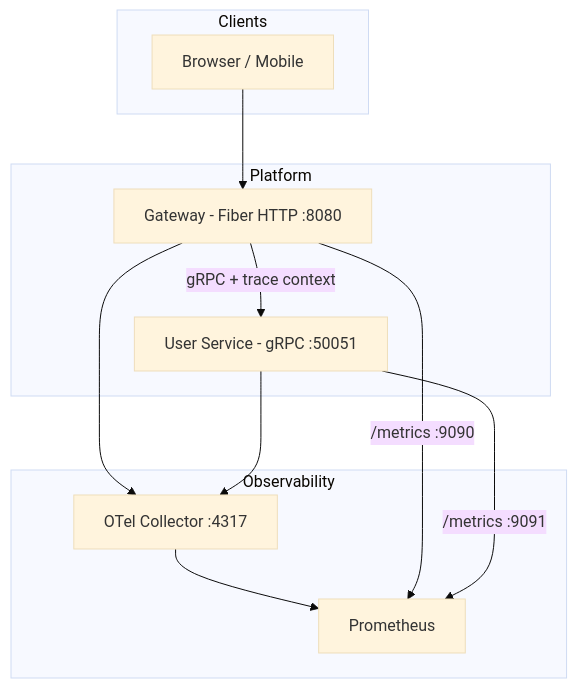
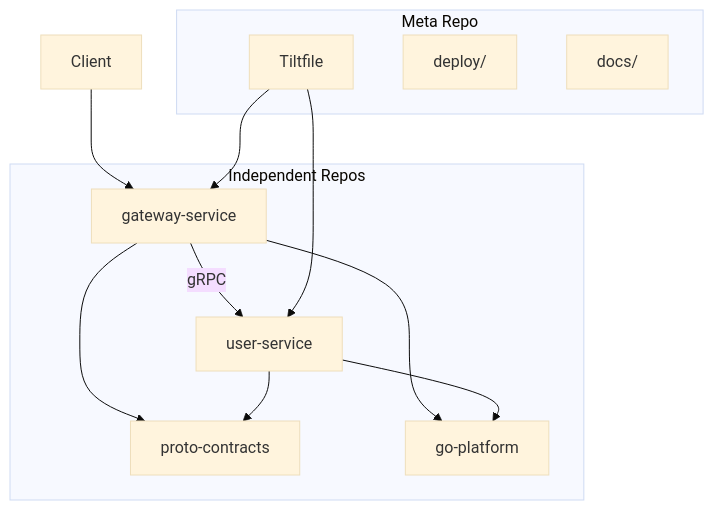
One commit to imkhoirularifin/go-grpc-microservice-template changed the diagram in README.md. Above: the diagram before and after it, drawn with Mermaid (base theme). The commit also changed other lines of this file and 77 other files, not shown here.

````diff
--- a/README.md
+++ b/README.md
@@ -25,24 +48,24 @@
 ```mermaid
 flowchart TB
-    subgraph clients [Clients]
-        Browser[Browser / Mobile]
+    subgraph meta [Meta Repo]
+        Tilt[Tiltfile]
+        Deploy[deploy/]
+        Docs[docs/]
     end
 
-    subgraph platform [Platform]
-        GW[Gateway - Fiber HTTP :8080]
-        US[User Service - gRPC :50051]
+    subgraph repos [Independent Repos]
+        Proto[proto-contracts]
+        Platform[go-platform]
+        GW[gateway-service]
+        US[user-service]
     end
 
-    subgraph observability [Observability]
-        OTel[OTel Collector :4317]
-        Prom[Prometheus]
-    end
-
-    Browser --> GW
-    GW -->|gRPC + trace context| US
-    GW --> OTel
-    US --> OTel
-    OTel --> Prom
-    GW -->|/metrics :9090| Prom
-    US -->|/metrics :9091| Prom
+    Client --> GW
+    GW -->|gRPC| US
+    GW --> Platform
+    US --> Platform
+    GW --> Proto
+    US --> Proto
+    Tilt --> GW
+    Tilt --> US
 ```
````
